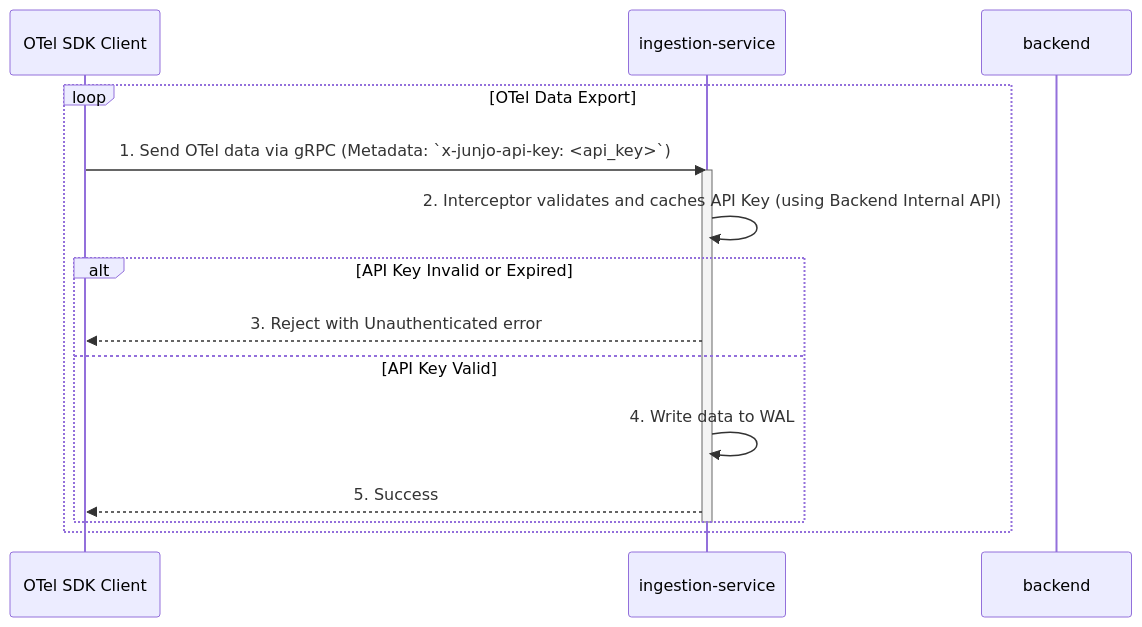
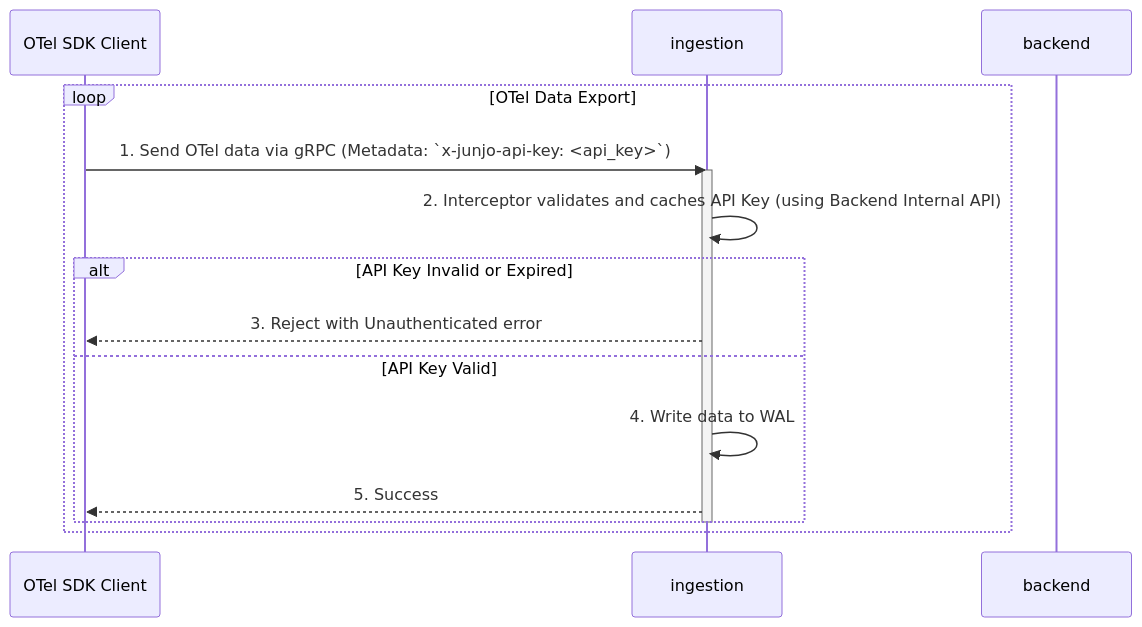
The second of 3 diagrams in AGENTS.md (mdrideout/junjo-ai-studio), drawn with Mermaid before and after one commit. The commit also changed other lines of this file and 58 other files, not shown here.

````diff
--- a/AGENTS.md
+++ b/AGENTS.md
@@ -83,19 +83,19 @@
 ```mermaid
 sequenceDiagram
     participant Client as OTel SDK Client
-    participant Ingestion as ingestion-service
+    participant Ingestion as ingestion
     participant Backend as backend
 
     loop OTel Data Export
         Client->>Ingestion: 1. Send OTel data via gRPC (Metadata: `x-junjo-api-key: <api_key>`)
         activate Ingestion
         Ingestion->>Ingestion: 2. Interceptor validates and caches API Key (using Backend Internal API)
         alt API Key Invalid or Expired
             Ingestion-->>Client: 3. Reject with Unauthenticated error
         else API Key Valid
             Ingestion->>Ingestion: 4. Write data to WAL
             Ingestion-->>Client: 5. Success
         end
         deactivate Ingestion
     end
 ```
````
